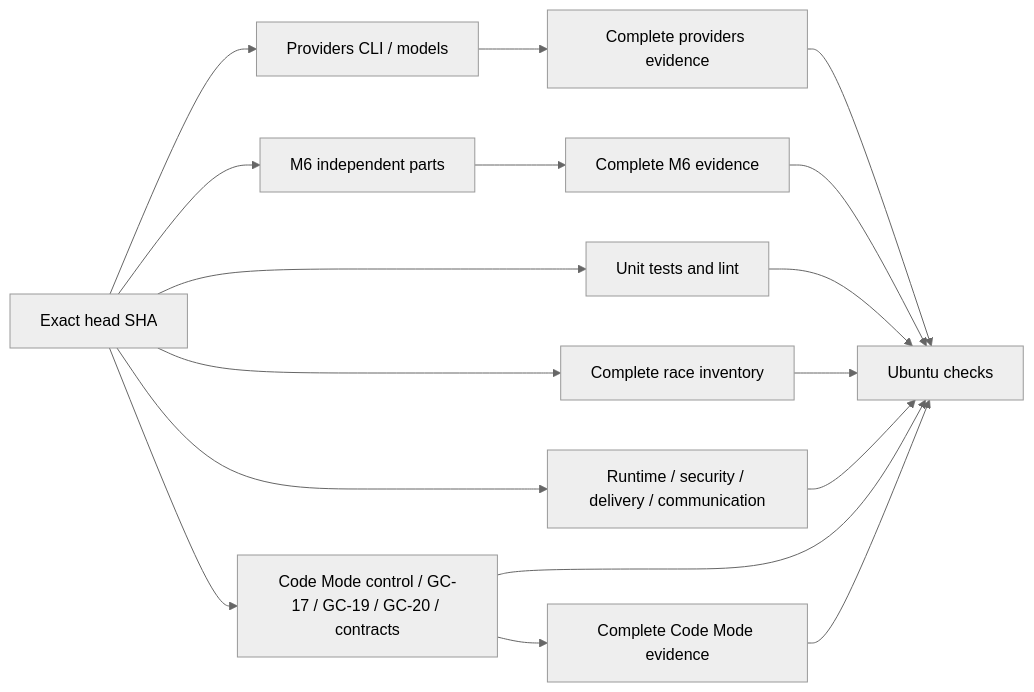
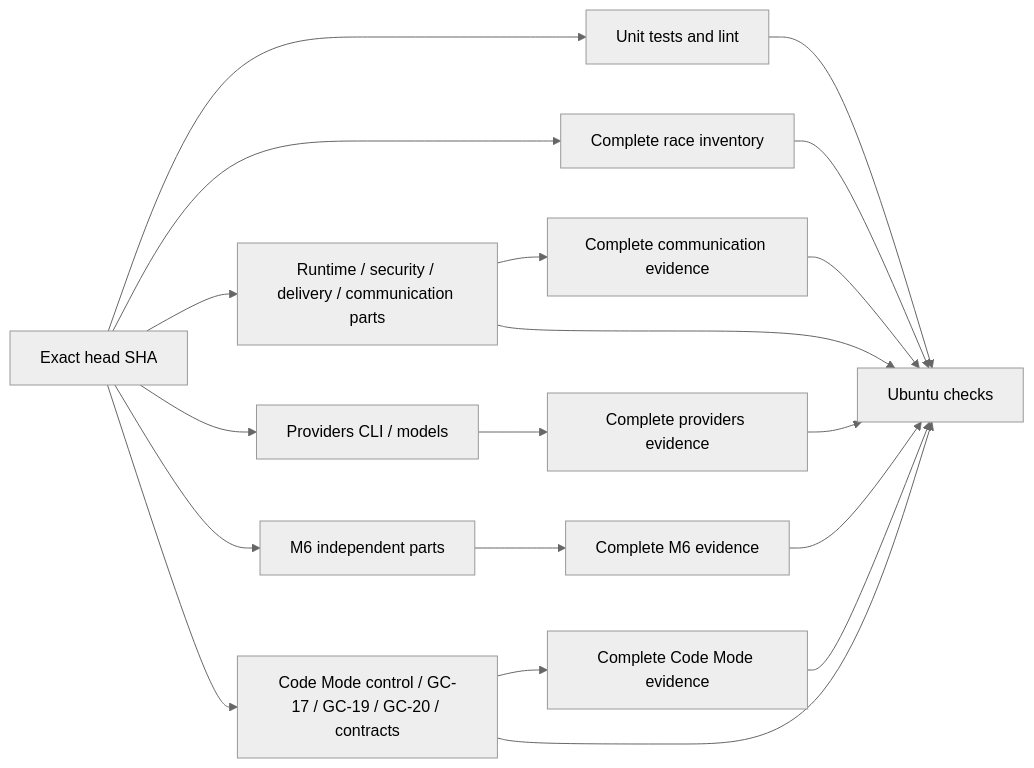
The diagram in docs/ci.md (z-chenhao/assistant), drawn with Mermaid (neutral theme) before and after one commit. The commit also changed other lines of this file and 12 other files, not shown here.

Commit message:
ERII-370: partition communication CI and require complete native manifests

````diff
--- a/docs/ci.md
+++ b/docs/ci.md
@@ -21,19 +21,21 @@
 ```mermaid
 flowchart LR
     SHA[Exact head SHA] --> Unit[Unit tests and lint]
     SHA --> Race[Complete race inventory]
-    SHA --> Verify[Runtime / security / delivery / communication]
+    SHA --> Verify[Runtime / security / delivery / communication parts]
+    Verify --> CommunicationJoin[Complete communication evidence]
+    CommunicationJoin --> Gate
     SHA --> Providers[Providers CLI / models]
     Providers --> ProviderJoin[Complete providers evidence]
     ProviderJoin --> Gate
     SHA --> Personal[M6 independent parts]
     Personal --> M6Join[Complete M6 evidence]
     M6Join --> Gate
     SHA --> Parts[Code Mode control / GC-17 / GC-19 / GC-20 / contracts]
     Parts --> Join[Complete Code Mode evidence]
     Unit --> Gate[Ubuntu checks]
     Race --> Gate
     Verify --> Gate
     Parts --> Gate
     Join --> Gate
 ```
````
